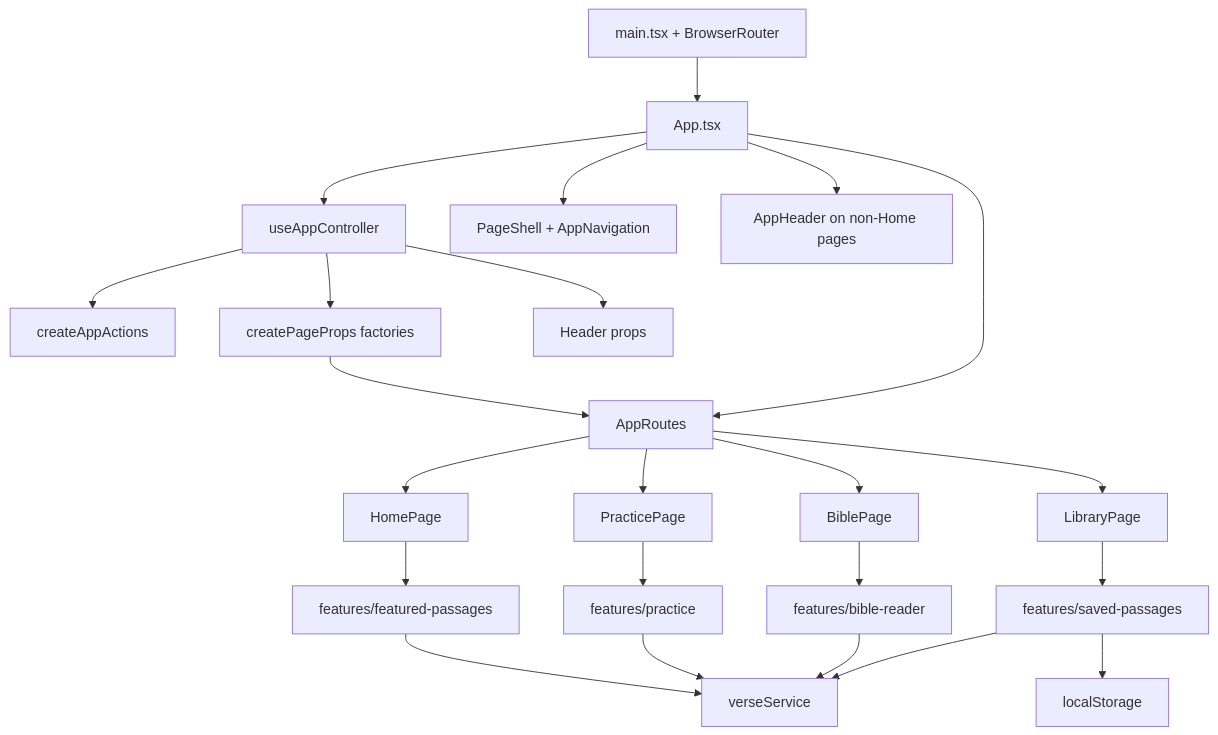
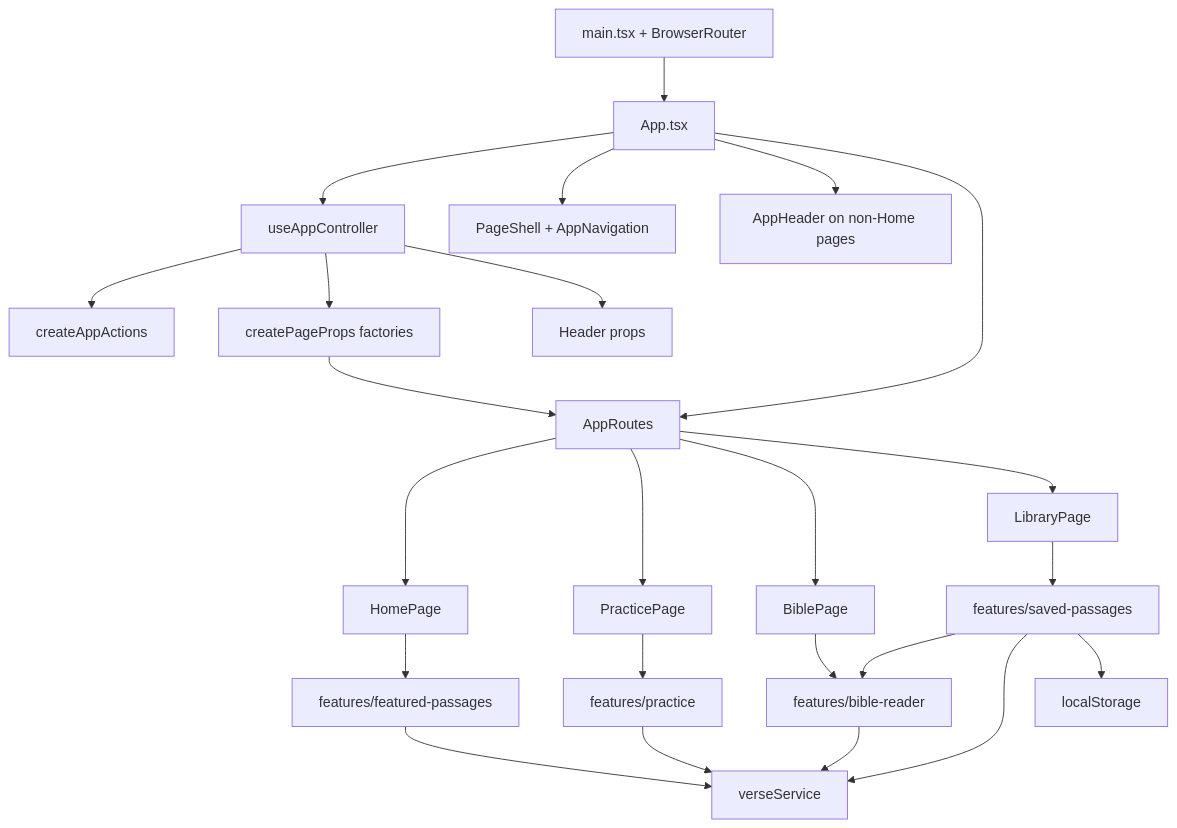
Before and after one commit to eirikenriquez/The-Word-per-Minute: the diagram in docs/documentation.md, drawn with Mermaid. The commit also changed other lines of this file and 1 other file, not shown here.

Commit message:
Document Bible reader improvements

````diff
--- a/docs/documentation.md
+++ b/docs/documentation.md
@@ -453,25 +462,26 @@
 ```mermaid
 flowchart TD
   main["main.tsx + BrowserRouter"] --> app["App.tsx"]
   app --> controller["useAppController"]
   app --> shell["PageShell + AppNavigation"]
   controller --> actions["createAppActions"]
   controller --> pageProps["createPageProps factories"]
   controller --> headerProps["Header props"]
   app --> header["AppHeader on non-Home pages"]
   app --> routes["AppRoutes"]
   pageProps --> routes
   routes --> home["HomePage"]
   routes --> practice["PracticePage"]
   routes --> bible["BiblePage"]
   routes --> library["LibraryPage"]
   home --> featured["features/featured-passages"]
   practice --> practiceFeature["features/practice"]
   bible --> bibleFeature["features/bible-reader"]
   library --> savedFeature["features/saved-passages"]
+  savedFeature --> bibleFeature
   featured --> verseService["verseService"]
   practiceFeature --> verseService
   bibleFeature --> verseService
   savedFeature --> verseService
   savedFeature --> localStorage["localStorage"]
 ```
````
